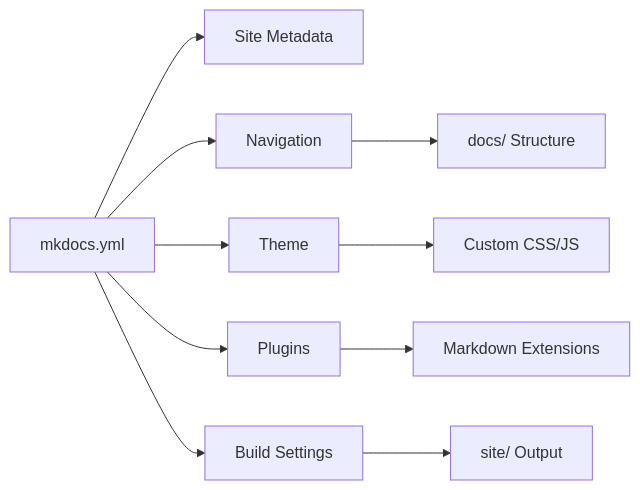
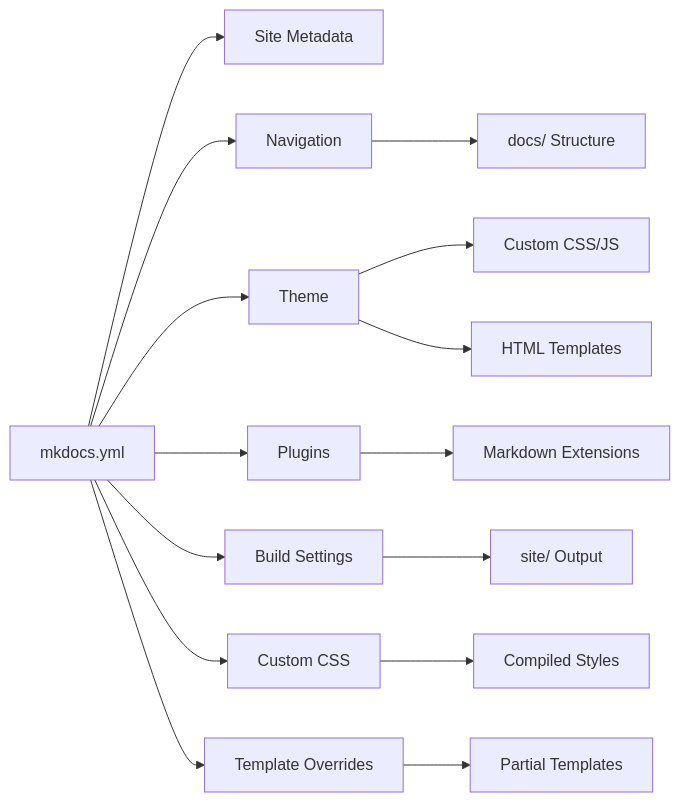
One commit to UltraOptiMega/UltraOptiMega.github.io changed the third of 3 diagrams in .qoder/repowiki/en/content/Configuration Guide.md. Above: the diagram before and after it, drawn with Mermaid. The commit also changed other lines of this file and 6 other files, not shown here.

````diff
--- a/.qoder/repowiki/en/content/Configuration Guide.md
+++ b/.qoder/repowiki/en/content/Configuration Guide.md
@@ -221,12 +317,17 @@
 ```mermaid
 graph LR
 Config["mkdocs.yml"] --> Meta["Site Metadata"]
 Config --> Nav["Navigation"]
 Config --> Theme["Theme"]
 Config --> Plugins["Plugins"]
 Config --> Build["Build Settings"]
+Config --> CSS["Custom CSS"]
+Config --> Overrides["Template Overrides"]
 Theme --> CustomCSS["Custom CSS/JS"]
+Theme --> Templates["HTML Templates"]
 Plugins --> Extensions["Markdown Extensions"]
 Nav --> Files["docs/ Structure"]
 Build --> Output["site/ Output"]
+CSS --> Styles["Compiled Styles"]
+Overrides --> Partials["Partial Templates"]
 ```
````
